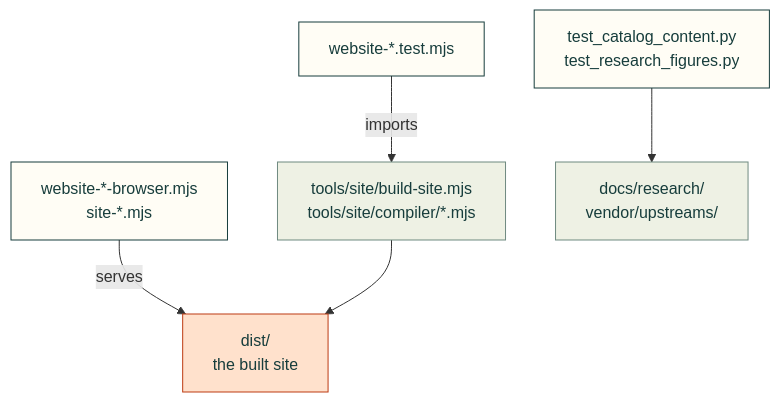
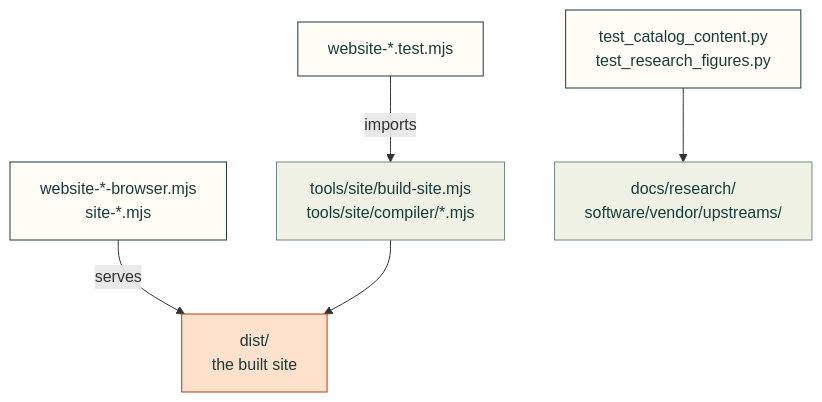
The diagram in tests/site/README.md (Valpatel/cad-agent), drawn with Mermaid before and after one commit. The commit also changed 5109 other files, not shown here.

````diff
--- a/tests/site/README.md
+++ b/tests/site/README.md
@@ -9,13 +9,13 @@
 ```mermaid
 flowchart TD
     U["website-*.test.mjs"] -->|"imports"| T["tools/site/build-site.mjs<br/>tools/site/compiler/*.mjs"]
     B["website-*-browser.mjs<br/>site-*.mjs"] -->|"serves"| D["dist/<br/>the built site"]
     T --> D
-    P["test_catalog_content.py<br/>test_research_figures.py"] --> R["docs/research/<br/>vendor/upstreams/"]
+    P["test_catalog_content.py<br/>test_research_figures.py"] --> R["docs/research/<br/>software/vendor/upstreams/"]
     classDef here fill:#fffdf5,stroke:#173d3c,color:#173d3c
     classDef near fill:#eef1e4,stroke:#6f8a80,color:#173d3c
     classDef out fill:#ffe1cc,stroke:#bd3a12,color:#173d3c
     class U,B,P here
     class T,R near
     class D out
 ```
````
